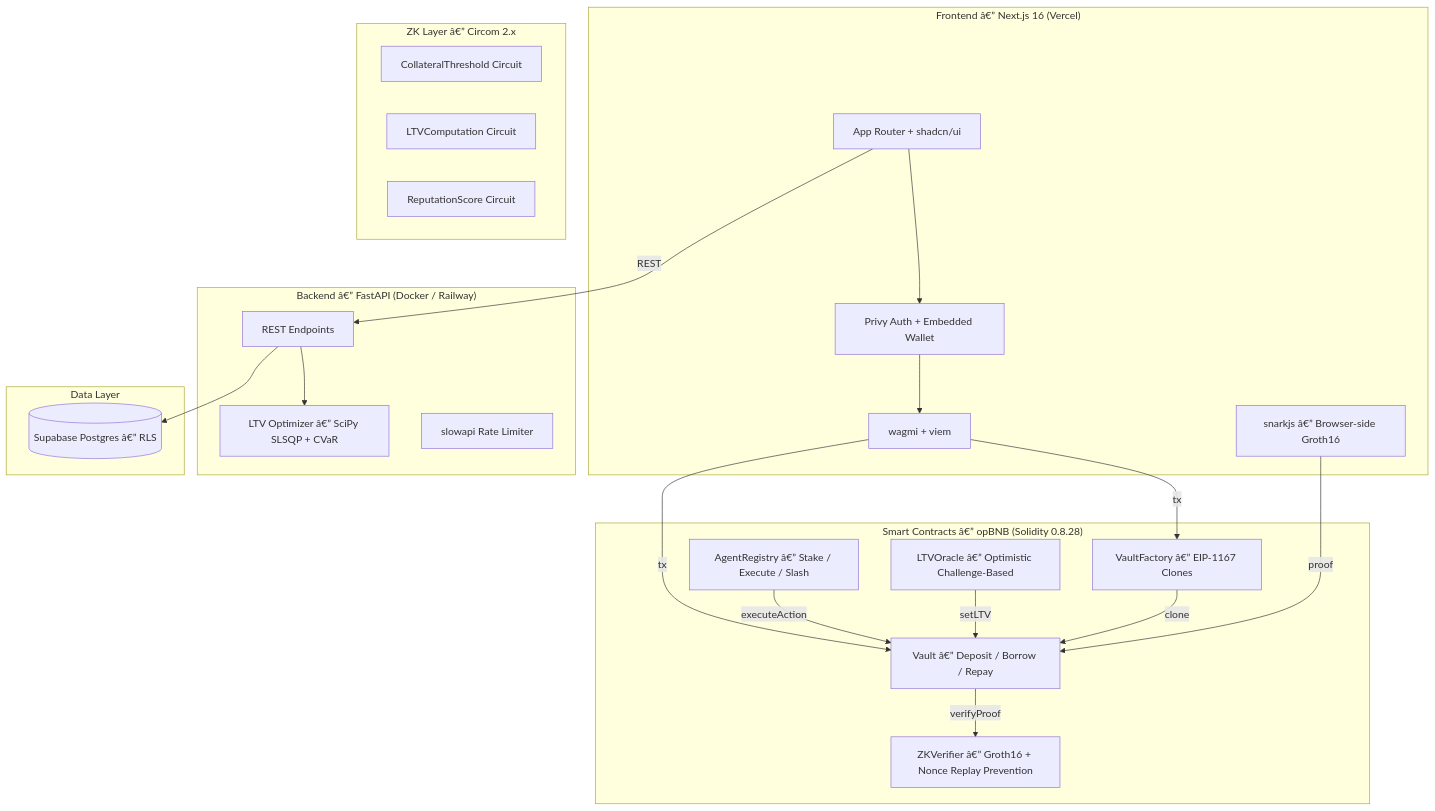
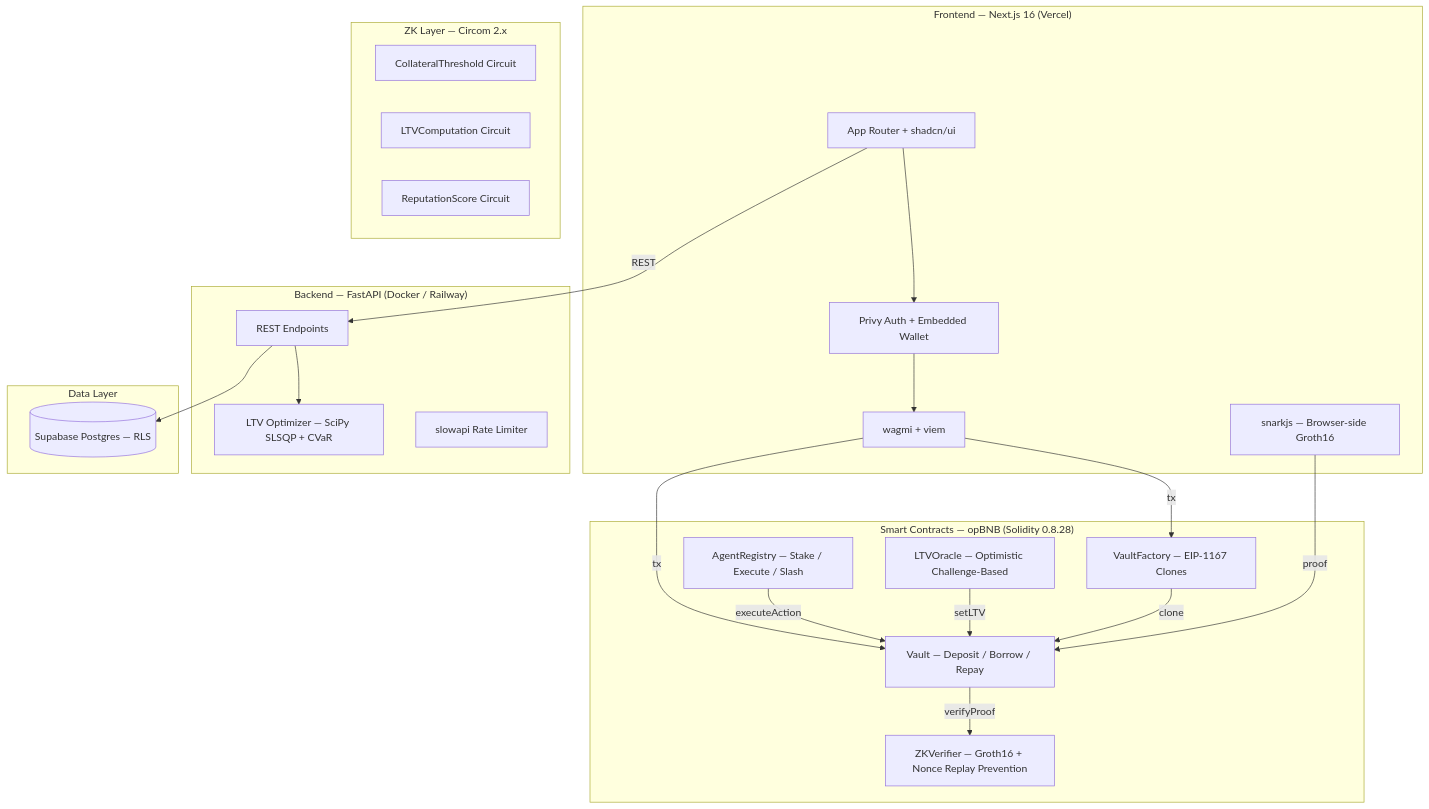
Before and after one commit to blinderchief/VaultForge: the second of 2 diagrams in README.md, drawn with Mermaid. The commit also changed other lines of this file and 9 other files, not shown here.

````diff
--- a/README.md
+++ b/README.md
@@ -69,45 +69,45 @@
 ```mermaid
 flowchart TB
-    subgraph Frontend["Frontend â€” Next.js 16 (Vercel)"]
+    subgraph Frontend["Frontend — Next.js 16 (Vercel)"]
         UI[App Router + shadcn/ui]
         Privy[Privy Auth + Embedded Wallet]
         Wagmi[wagmi + viem]
-        ZKBrowser[snarkjs â€” Browser-side Groth16]
+        ZKBrowser[snarkjs — Browser-side Groth16]
     end
 
-    subgraph Backend["Backend â€” FastAPI (Docker / Railway)"]
+    subgraph Backend["Backend — FastAPI (Docker / Railway)"]
         API[REST Endpoints]
-        Optimizer[LTV Optimizer â€” SciPy SLSQP + CVaR]
+        Optimizer[LTV Optimizer — SciPy SLSQP + CVaR]
         RateLimiter[slowapi Rate Limiter]
     end
 
-    subgraph ZK["ZK Layer â€” Circom 2.x"]
+    subgraph ZK["ZK Layer — Circom 2.x"]
         CT[CollateralThreshold Circuit]
         LTV[LTVComputation Circuit]
         RS[ReputationScore Circuit]
     end
 
-    subgraph Contracts["Smart Contracts â€” opBNB (Solidity 0.8.28)"]
-        VF[VaultFactory â€” EIP-1167 Clones]
-        V[Vault â€” Deposit / Borrow / Repay]
-        ZKV[ZKVerifier â€” Groth16 + Nonce Replay Prevention]
-        AR[AgentRegistry â€” Stake / Execute / Slash]
-        LO[LTVOracle â€” Optimistic Challenge-Based]
+    subgraph Contracts["Smart Contracts — opBNB (Solidity 0.8.28)"]
+        VF[VaultFactory — EIP-1167 Clones]
+        V[Vault — Deposit / Borrow / Repay]
+        ZKV[ZKVerifier — Groth16 + Nonce Replay Prevention]
+        AR[AgentRegistry — Stake / Execute / Slash]
+        LO[LTVOracle — Optimistic Challenge-Based]
     end
 
     subgraph Data["Data Layer"]
-        SB[(Supabase Postgres â€” RLS)]
+        SB[(Supabase Postgres — RLS)]
     end
 
     UI --> Privy --> Wagmi
     Wagmi -->|"tx"| VF
     Wagmi -->|"tx"| V
     ZKBrowser -->|"proof"| V
     UI -->|"REST"| API
     API --> Optimizer
     API --> SB
     V -->|"verifyProof"| ZKV
     AR -->|"executeAction"| V
     LO -->|"setLTV"| V
     VF -->|"clone"| V
 ```
````
